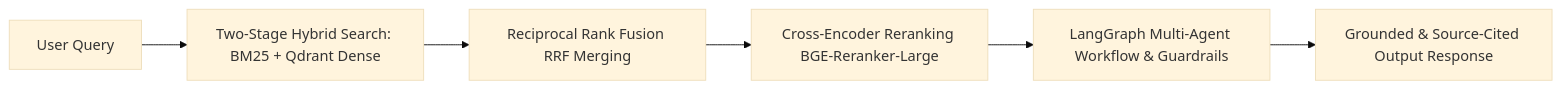
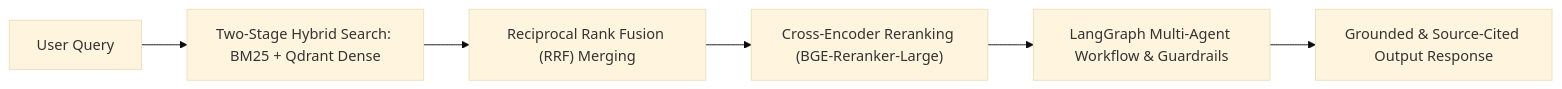
One commit to Dpjaiswal/Dpjaiswal changed the diagram in README.md. Above: the diagram before and after it, drawn with Mermaid (base theme). The commit also changed other lines of this file, not shown here.

````diff
--- a/README.md
+++ b/README.md
@@ -65,8 +65,8 @@
 ```mermaid
 graph LR
-    A[User Query] --> B[Two-Stage Hybrid Search: BM25 + Qdrant Dense]
-    B --> C[Reciprocal Rank Fusion RRF Merging]
-    C --> D[Cross-Encoder Reranking BGE-Reranker-Large]
-    D --> E[LangGraph Multi-Agent Workflow & Guardrails]
-    E --> F[Grounded & Source-Cited Output Response]
+    A["User Query"] --> B["Two-Stage Hybrid Search: BM25 + Qdrant Dense"]
+    B --> C["Reciprocal Rank Fusion (RRF) Merging"]
+    C --> D["Cross-Encoder Reranking (BGE-Reranker-Large)"]
+    D --> E["LangGraph Multi-Agent Workflow & Guardrails"]
+    E --> F["Grounded & Source-Cited Output Response"]
 ```
````
